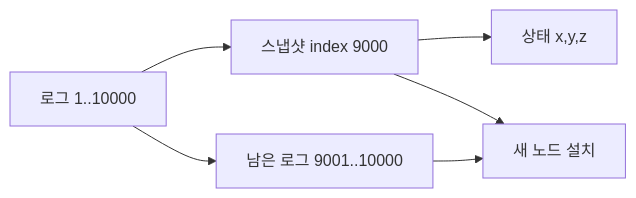
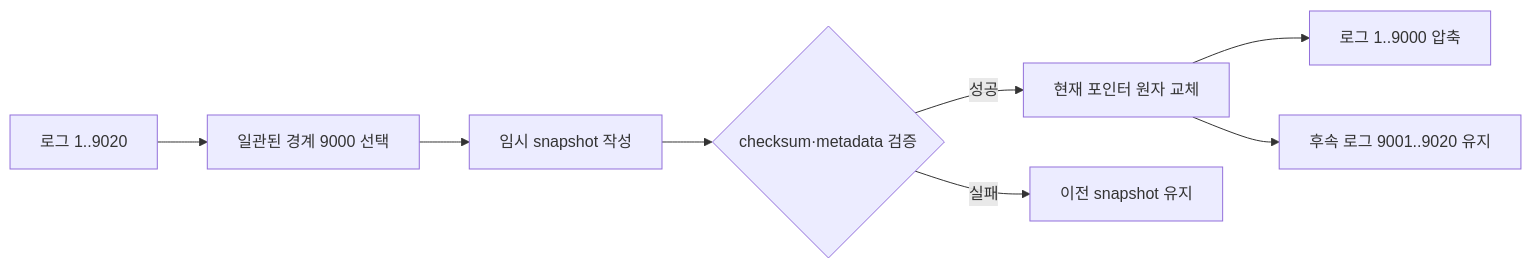
Before and after one commit to mj006648/netai-devsecops-runbook: the diagram in learning/distributed-systems/06-consensus-failures-and-snapshots.md, drawn with Mermaid. The commit also changed other lines of this file and 62 other files, not shown here.

````diff
--- a/learning/distributed-systems/06-consensus-failures-and-snapshots.md
+++ b/learning/distributed-systems/06-consensus-failures-and-snapshots.md
@@ -70,8 +50,10 @@
 ```mermaid
 flowchart LR
- L[로그 1..10000] --> S[스냅샷 index 9000]
- S --> T[상태 x,y,z]
- L --> R[남은 로그 9001..10000]
- S --> N[새 노드 설치]
- R --> N
+    L[로그 1..9020] --> B[일관된 경계 9000 선택]
+    B --> T[임시 snapshot 작성]
+    T --> V{checksum·metadata 검증}
+    V -->|성공| P[현재 포인터 원자 교체]
+    P --> C[로그 1..9000 압축]
+    P --> R[후속 로그 9001..9020 유지]
+    V -->|실패| O[이전 snapshot 유지]
 ```
````
